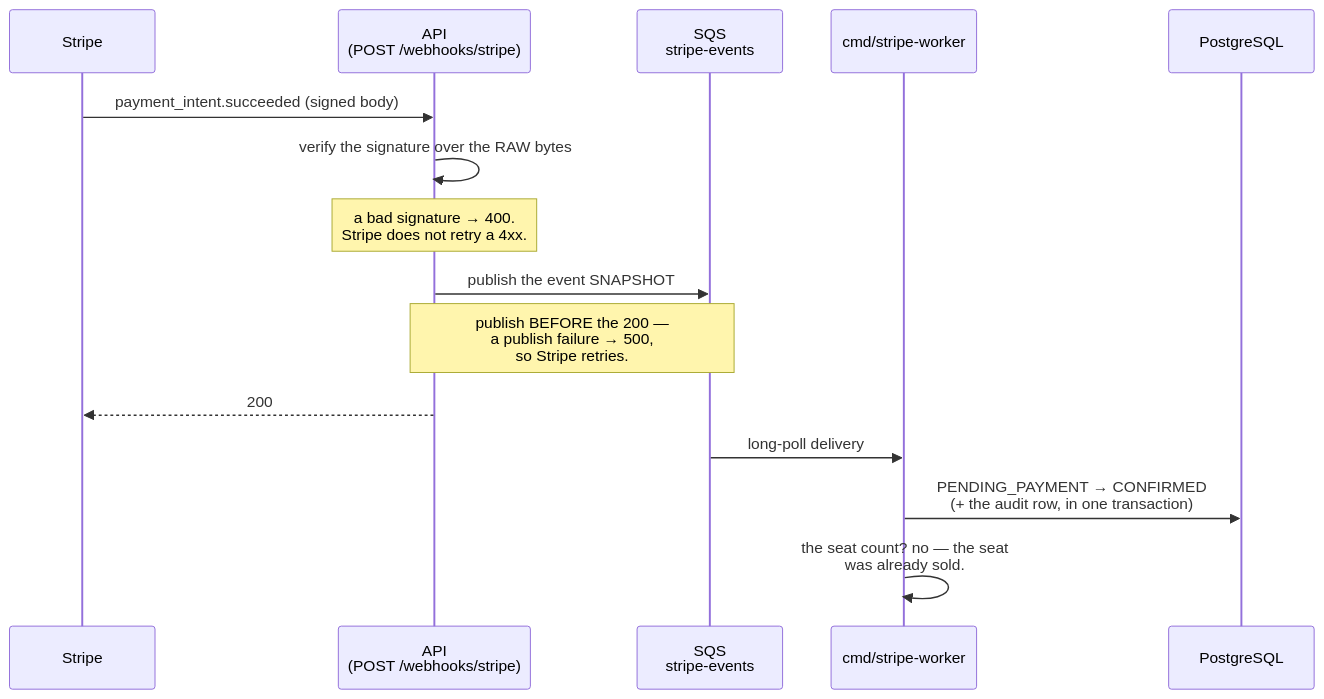
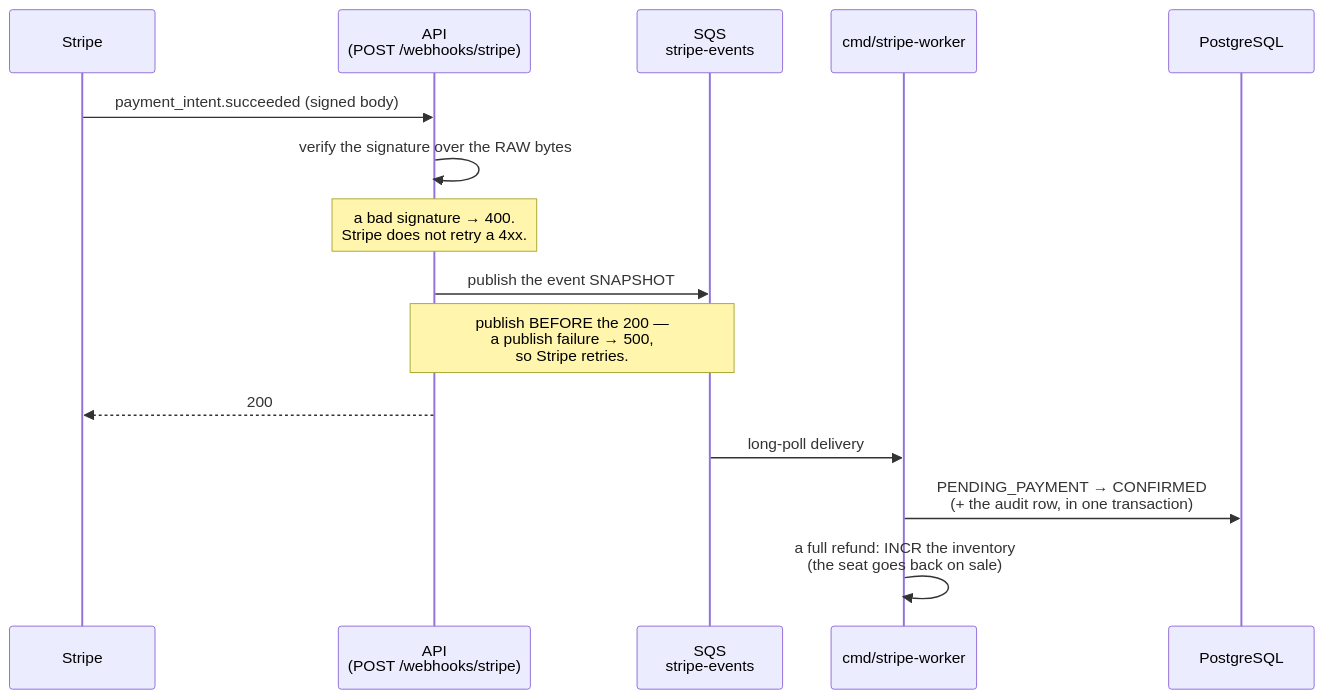
One commit to emmitt-k/ticket-deal changed diagram 11 of 14 in docs/architecture.md. Above: the diagram before and after it, drawn with Mermaid. The commit also changed other lines of this file, not shown here.

First line of the commit message:
docs(architecture): explain how Stripe fits into the architecture

````diff
--- a/docs/architecture.md
+++ b/docs/architecture.md
@@ -795,18 +821,18 @@
 ```mermaid
 sequenceDiagram
     participant S as Stripe
     participant API as API<br/>(POST /webhooks/stripe)
     participant Q as SQS<br/>stripe-events
     participant W as cmd/stripe-worker
     participant DB as PostgreSQL
 
     S->>API: payment_intent.succeeded (signed body)
     API->>API: verify the signature over the RAW bytes
     Note over API: a bad signature → 400.<br/>Stripe does not retry a 4xx.
     API->>Q: publish the event SNAPSHOT
     Note over API,Q: publish BEFORE the 200 —<br/>a publish failure → 500,<br/>so Stripe retries.
     API-->>S: 200
     Q->>W: long-poll delivery
     W->>DB: PENDING_PAYMENT → CONFIRMED<br/>(+ the audit row, in one transaction)
-    W->>W: the seat count? no — the seat<br/>was already sold.
+    W->>W: a full refund: INCR the inventory<br/>(the seat goes back on sale)
 ```
````
